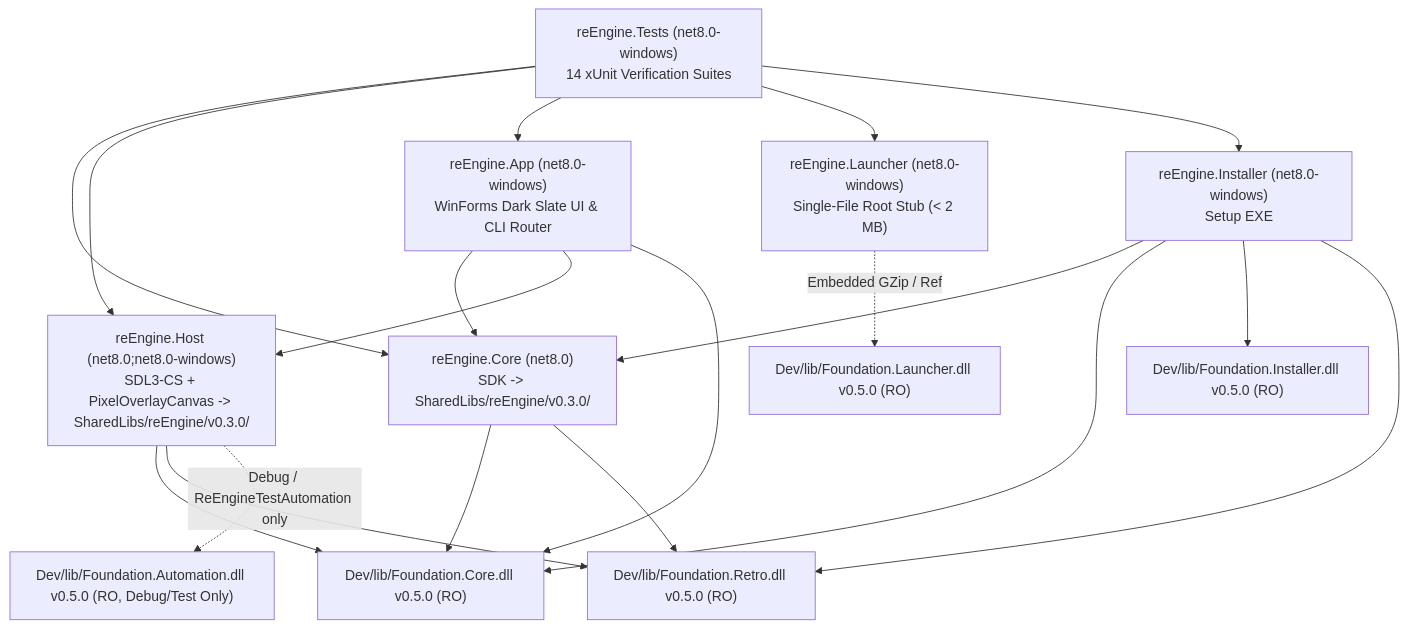
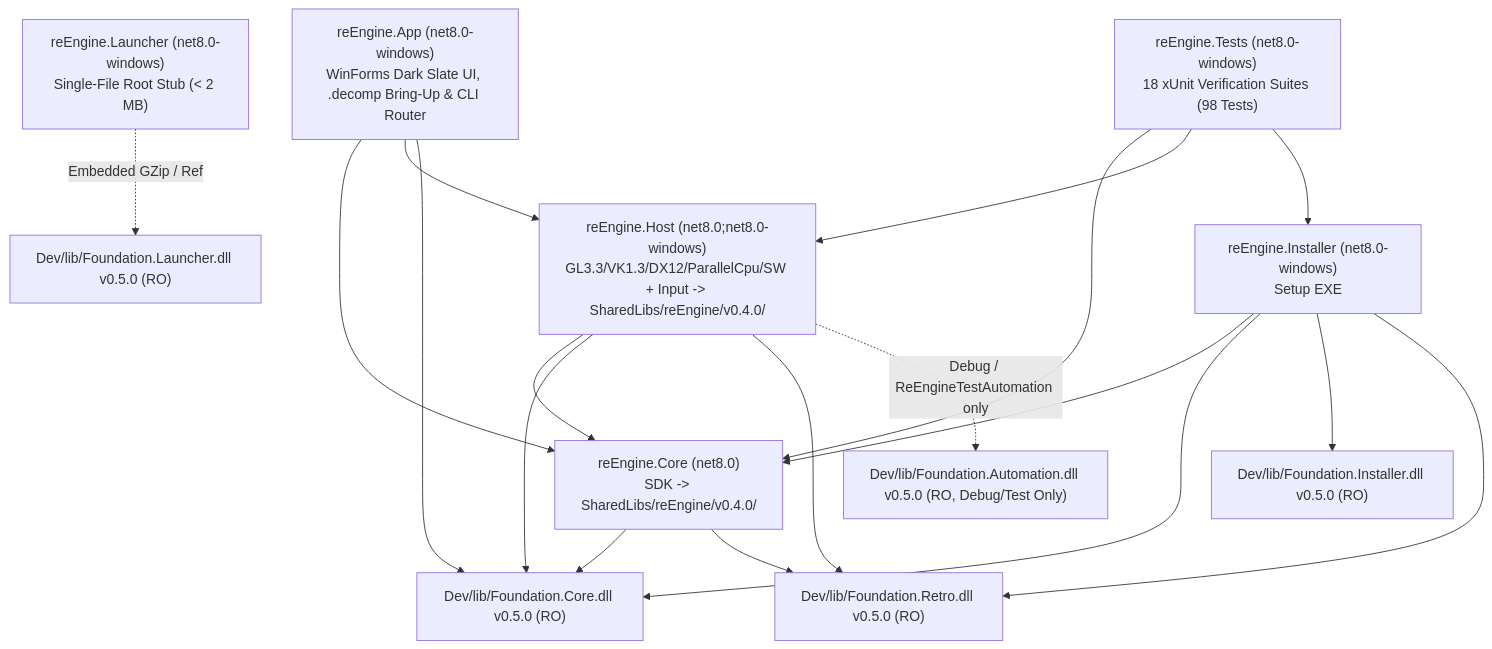
The second of 2 diagrams in Dev/docs/ARCHITECTURE.md (StreamItAllGit/reEngine), drawn with Mermaid before and after one commit. The commit also changed other lines of this file and 60 other files, not shown here.

Commit message:
feat(release): v0.4.0 unified reEngine.Host GPU/input/audio, .decomp UI, and frontend bridge

````diff
--- a/Dev/docs/ARCHITECTURE.md
+++ b/Dev/docs/ARCHITECTURE.md
@@ -43,34 +43,33 @@
 ```mermaid
 graph TD
     FC["Dev/lib/Foundation.Core.dll v0.5.0 (RO)"]
     FR["Dev/lib/Foundation.Retro.dll v0.5.0 (RO)"]
     FI["Dev/lib/Foundation.Installer.dll v0.5.0 (RO)"]
     FL["Dev/lib/Foundation.Launcher.dll v0.5.0 (RO)"]
     FA["Dev/lib/Foundation.Automation.dll v0.5.0 (RO, Debug/Test Only)"]
 
-    Core["reEngine.Core (net8.0)\nSDK -> SharedLibs/reEngine/v0.3.0/"]
-    Host["reEngine.Host (net8.0;net8.0-windows)\nSDL3-CS + PixelOverlayCanvas -> SharedLibs/reEngine/v0.3.0/"]
-    App["reEngine.App (net8.0-windows)\nWinForms Dark Slate UI & CLI Router"]
+    Core["reEngine.Core (net8.0)\nSDK -> SharedLibs/reEngine/v0.4.0/"]
+    Host["reEngine.Host (net8.0;net8.0-windows)\nGL3.3/VK1.3/DX12/ParallelCpu/SW + Input -> SharedLibs/reEngine/v0.4.0/"]
+    App["reEngine.App (net8.0-windows)\nWinForms Dark Slate UI, .decomp Bring-Up & CLI Router"]
     Launcher["reEngine.Launcher (net8.0-windows)\nSingle-File Root Stub (< 2 MB)"]
     Setup["reEngine.Installer (net8.0-windows)\nSetup EXE"]
-    Tests["reEngine.Tests (net8.0-windows)\n14 xUnit Verification Suites"]
+    Tests["reEngine.Tests (net8.0-windows)\n18 xUnit Verification Suites (98 Tests)"]
 
     Core --> FC
     Core --> FR
+    Host --> Core
     Host --> FC
     Host --> FR
     Host -.->|Debug / ReEngineTestAutomation only| FA
     App --> Core
     App --> Host
     App --> FC
     Setup --> Core
     Setup --> FC
     Setup --> FI
     Setup --> FR
     Launcher -.->|Embedded GZip / Ref| FL
     Tests --> Core
     Tests --> Host
-    Tests --> App
-    Tests --> Launcher
     Tests --> Setup
 ```
````
